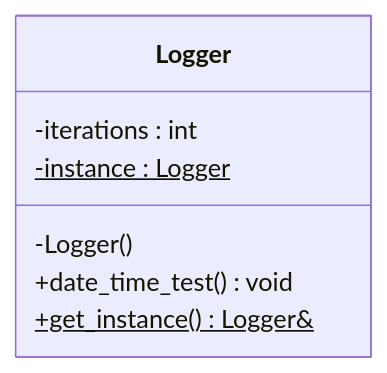
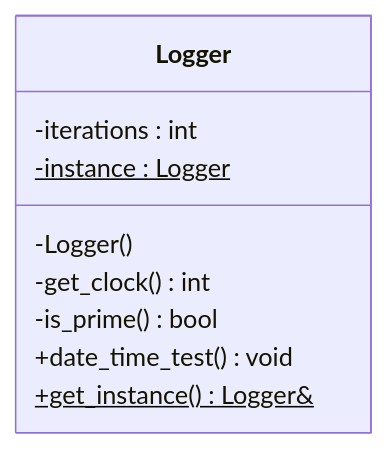
The diagram in uml.mmd (A-A-Tel/Logger-CPP), drawn with Mermaid before and after one commit. The commit also changed 3 other files, not shown here.

```diff
--- a/uml.mmd
+++ b/uml.mmd
@@ -1,11 +1,13 @@
 classDiagram
     class Logger {
 
         -iterations : int
         -instance : Logger$
 
 
         -Logger()
+        -get_clock() int
+        -is_prime() bool
         +date_time_test() void
         +get_instance() Logger&$
     }
```
